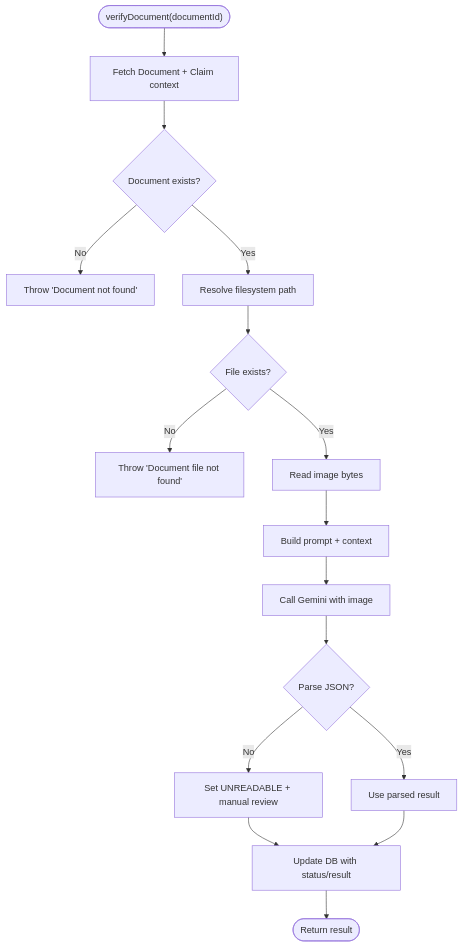
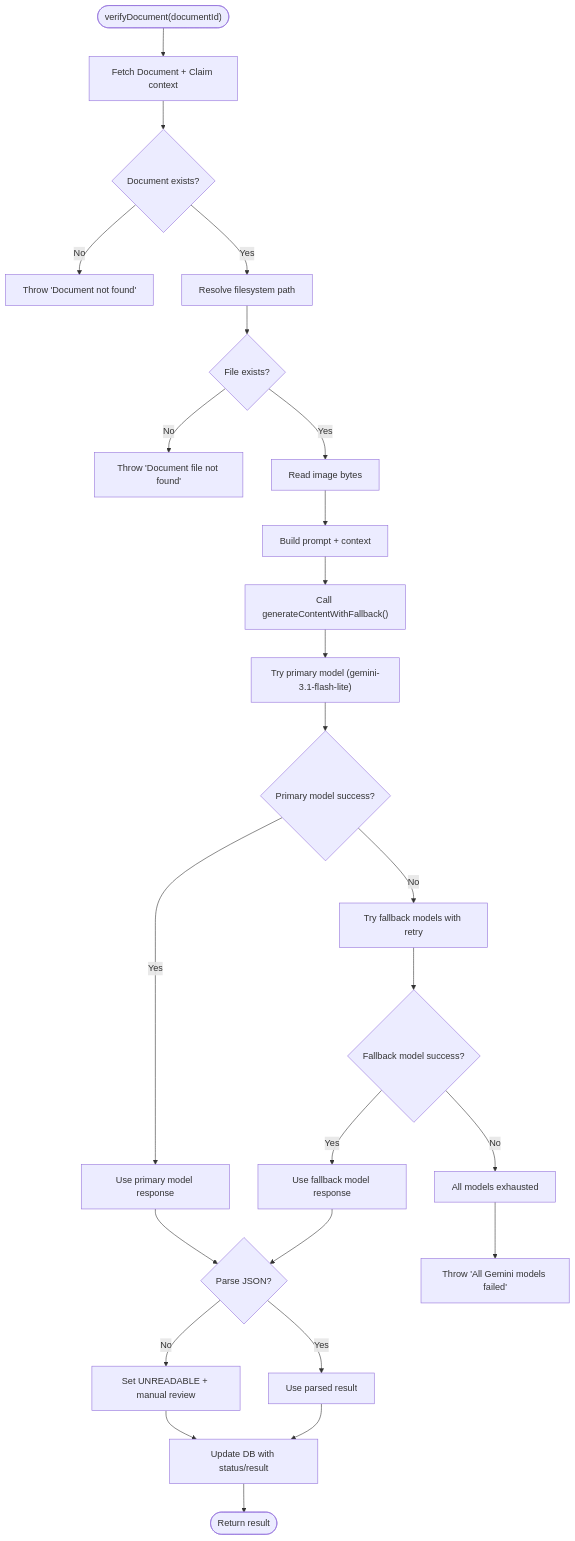
The third of 5 diagrams in .qoder/repowiki/en/content/AI Services Integration/Document Verification Service.md (NaveenHiranya/Smart-Vehicle-Insurance-Claim-System), drawn with Mermaid before and after one commit. The commit also changed other lines of this file and 41 other files, not shown here.

````diff
--- a/.qoder/repowiki/en/content/AI Services Integration/Document Verification Service.md
+++ b/.qoder/repowiki/en/content/AI Services Integration/Document Verification Service.md
@@ -154,18 +183,27 @@
 ```mermaid
 flowchart TD
 Start(["verifyDocument(documentId)"]) --> FetchDoc["Fetch Document + Claim context"]
 FetchDoc --> Exists{"Document exists?"}
 Exists -- "No" --> ErrDoc["Throw 'Document not found'"]
 Exists -- "Yes" --> ResolvePath["Resolve filesystem path"]
 ResolvePath --> FileExists{"File exists?"}
 FileExists -- "No" --> ErrFile["Throw 'Document file not found'"]
 FileExists -- "Yes" --> ReadImage["Read image bytes"]
 ReadImage --> BuildPrompt["Build prompt + context"]
-BuildPrompt --> CallAI["Call Gemini with image"]
-CallAI --> ParseJSON{"Parse JSON?"}
+BuildPrompt --> CallFallback["Call generateContentWithFallback()"]
+CallFallback --> TryPrimary["Try primary model (gemini-3.1-flash-lite)"]
+TryPrimary --> PrimarySuccess{"Primary model success?"}
+PrimarySuccess -- "Yes" --> UsePrimary["Use primary model response"]
+PrimarySuccess -- "No" --> TryFallback["Try fallback models with retry"]
+TryFallback --> FallbackSuccess{"Fallback model success?"}
+FallbackSuccess -- "Yes" --> UseFallback["Use fallback model response"]
+FallbackSuccess -- "No" --> AllFailed["All models exhausted"]
+UsePrimary --> ParseJSON{"Parse JSON?"}
+UseFallback --> ParseJSON
+AllFailed --> ThrowError["Throw 'All Gemini models failed'"]
 ParseJSON -- "No" --> Fallback["Set UNREADABLE + manual review"]
 ParseJSON -- "Yes" --> UseResult["Use parsed result"]
 Fallback --> Save["Update DB with status/result"]
 UseResult --> Save
 Save --> End(["Return result"])
 ```
````
